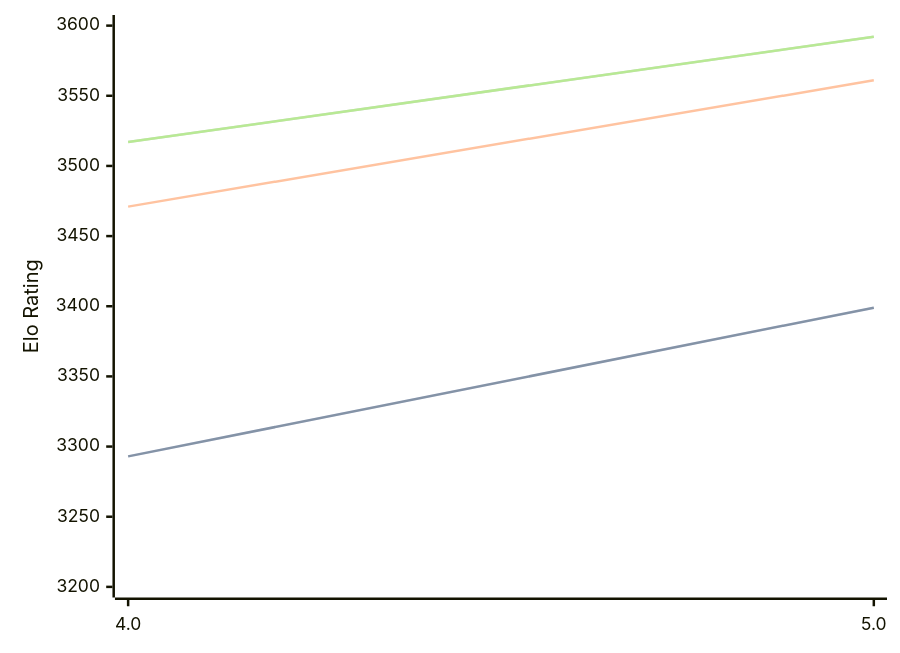
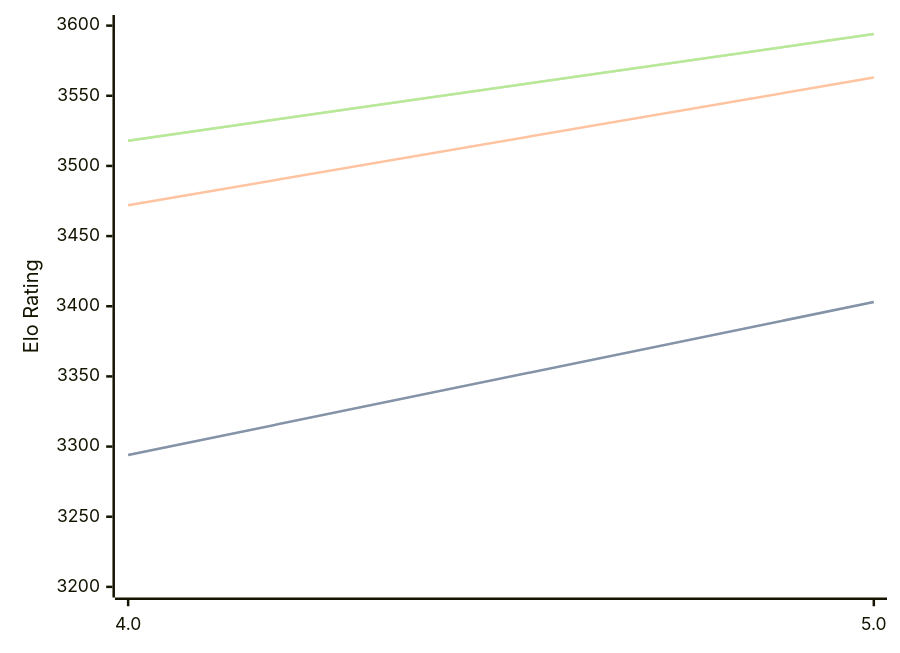
One commit to computer-chess-index/cci changed the diagram in engines/Tarnished.md. Above: the diagram before and after it, drawn with Mermaid. The commit also changed other lines of this file, not shown here.

Commit message:
Update CCI Ratings (ELO VLTC) - 2026-02-21

````diff
--- a/engines/Tarnished.md
+++ b/engines/Tarnished.md
@@ -33,11 +33,11 @@
 ```mermaid
 %%{init: {"theme":"base","themeVariables":{"seriesColors:['#a3a3a3','#222221','#faa371']}}}%%
 xychart-beta
   x-axis ["4.0", "5.0"]
   y-axis "Elo Rating" 3200 --> 3600
-  line "STC (8.0+0.08s)" [3293, 3399]
-  line "STC (8.0+0.08s)" [3293, 3399]
-  line "LTC (60.0+0.60s)" [3471, 3561]
-  line "VLTC (2m24s+1.12s)" [3517, 3592]
-  line "VLTC (2m24s+1.12s)" [3517, 3592]
+  line "STC (8.0+0.08s)" [3294, 3403]
+  line "STC (8.0+0.08s)" [3294, 3403]
+  line "LTC (60.0+0.60s)" [3472, 3563]
+  line "VLTC (2m24s+1.12s)" [3518, 3594]
+  line "VLTC (2m24s+1.12s)" [3518, 3594]
 ```
````
